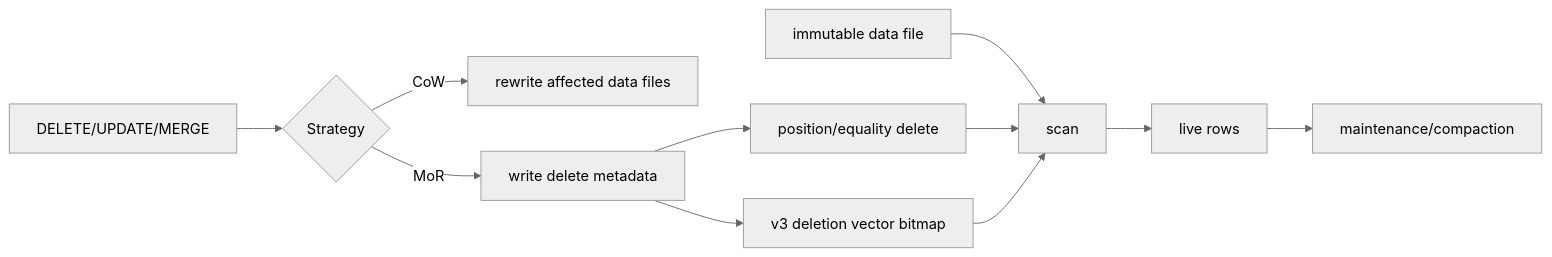
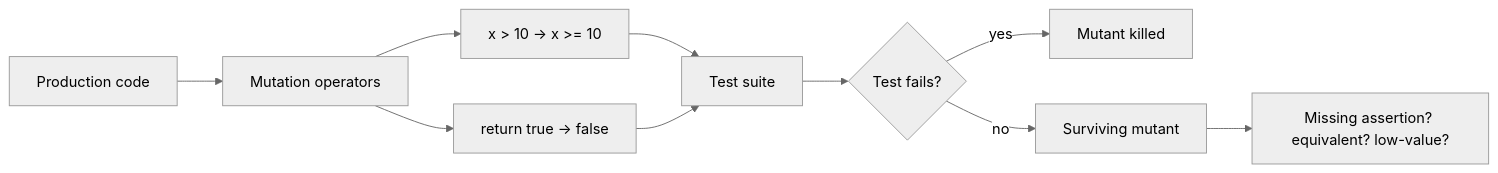
One commit to cebrailbagatarhan/software-engineering-interview-roadmap changed the second of 2 diagrams in daily/2026-09-22/17-00.md. Above: the diagram before and after it, drawn with Mermaid (neutral theme). The commit also changed other lines of this file, not shown here.

Commit message:
Replace duplicate 17:00 topics with scheduler and mutation testing gaps

````diff
--- a/daily/2026-09-22/17-00.md
+++ b/daily/2026-09-22/17-00.md
@@ -75,13 +82,12 @@
 ```mermaid
 flowchart LR
-  W[DELETE/UPDATE/MERGE] --> C{Strategy}
-  C -->|CoW| R[rewrite affected data files]
-  C -->|MoR| D[write delete metadata]
-  D --> P[position/equality delete]
-  D --> V[v3 deletion vector bitmap]
-  F[immutable data file] --> S[scan]
-  P --> S
-  V --> S
-  S --> O[live rows]
-  O --> M[maintenance/compaction]
+  C[Production code] --> M[Mutation operators]
+  M --> M1[x > 10 -> x >= 10]
+  M --> M2[return true -> false]
+  M1 --> T[Test suite]
+  M2 --> T
+  T --> K{Test fails?}
+  K -->|yes| D[Mutant killed]
+  K -->|no| S[Surviving mutant]
+  S --> Q[Missing assertion? equivalent? low-value?]
 ```
````
